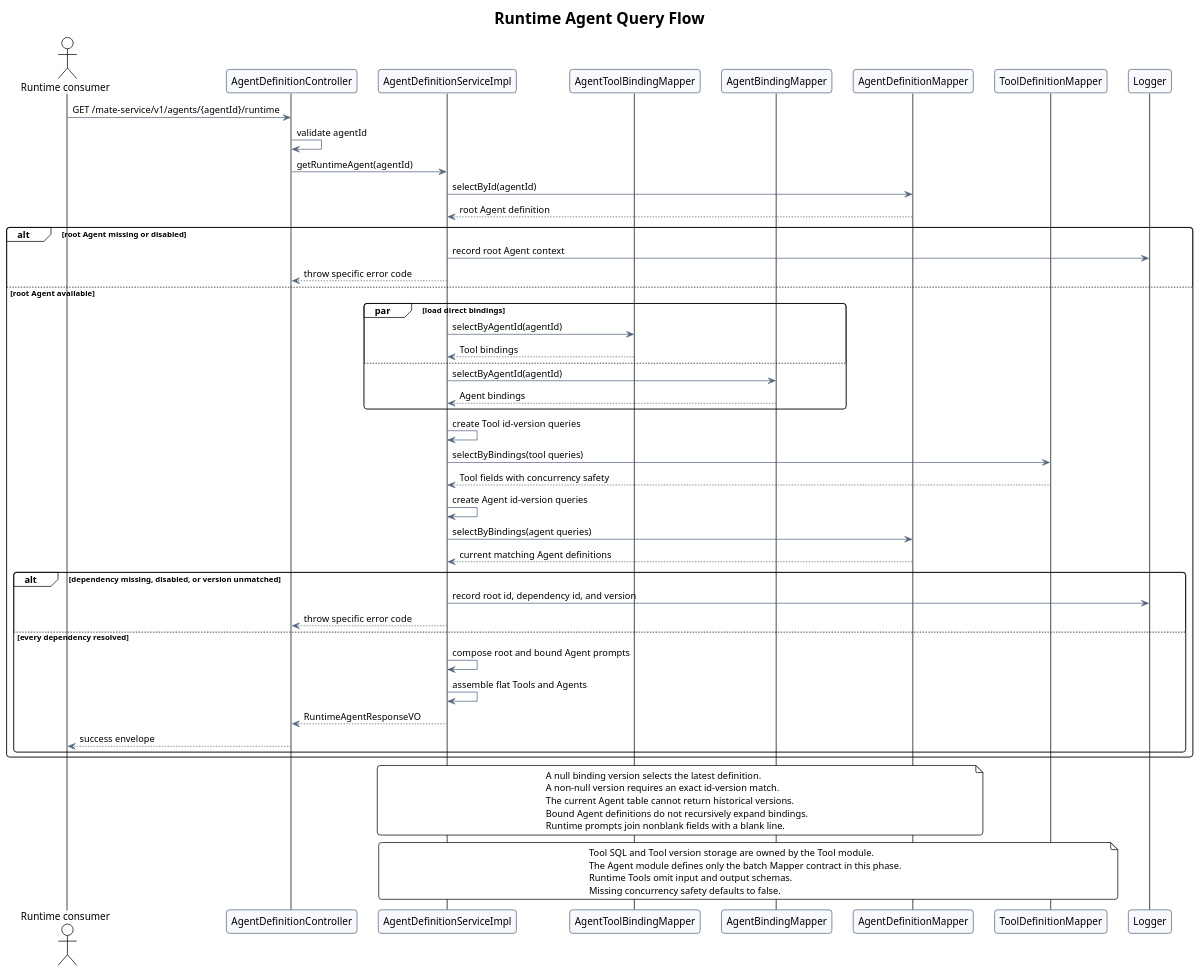
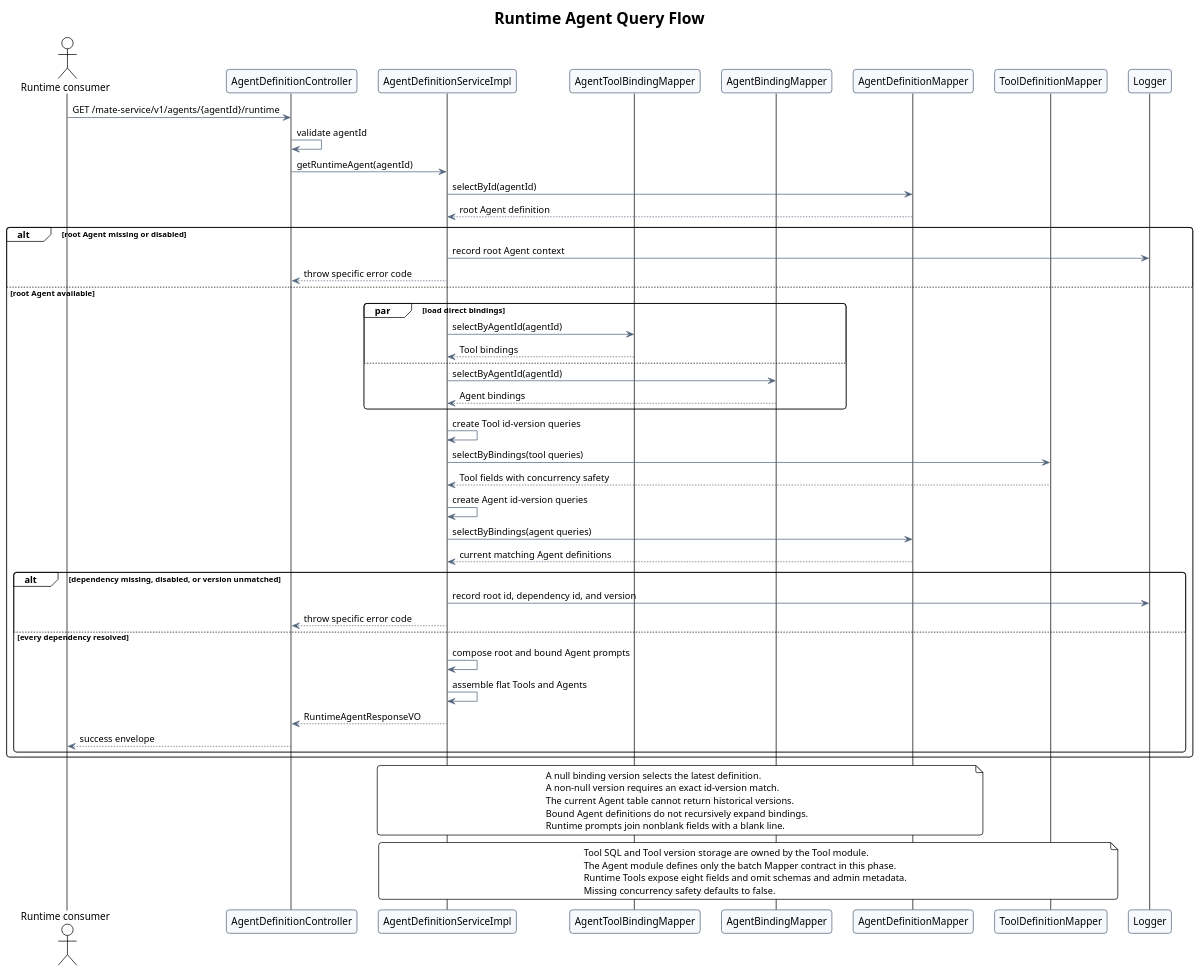
One commit to ssm0808/pi-mono-java-design changed the second of 2 diagrams in agent-metadata-gaussdb-design/diagram.puml. Above: the diagram before and after it, drawn with PlantUML. The commit also changed other lines of this file and 3 other files, not shown here.

Commit message:
docs(agent): trim runtime tool fields

```diff
--- a/agent-metadata-gaussdb-design/diagram.puml
+++ b/agent-metadata-gaussdb-design/diagram.puml
@@ -174,111 +174,111 @@
 @startuml runtime_agent_query_flow
 !theme plain
 title Runtime Agent Query Flow
 
 skinparam backgroundColor #FFFFFF
 skinparam shadowing false
 skinparam roundcorner 8
 skinparam sequenceArrowThickness 1
 skinparam ArrowColor #53657D
 skinparam ParticipantBorderColor #53657D
 skinparam ParticipantBackgroundColor #F7F9FC
 
 ' Source evidence:
 ' - mate-service baseline path and symbols:
 '   src/main/java/com/huawei/hicampus/mate/agentdefinition/controller/AgentDefinitionController.java
 '   AgentDefinitionController.getAgent.
 '   src/main/java/com/huawei/hicampus/mate/agentdefinition/service/AgentDefinitionService.java
 '   AgentDefinitionService.getAgent.
 '   src/main/java/com/huawei/hicampus/mate/agentdefinition/service/impl/AgentDefinitionServiceImpl.java
 '   AgentDefinitionServiceImpl.getAgent and loadAggregate.
 '   AgentDefinitionServiceImpl.getRuntimeAgent, resolveRuntimeTools,
 '   resolveRuntimeAgents, and indexDefinitions.
 '   src/main/java/com/huawei/hicampus/mate/agentdefinition/mapper/AgentDefinitionMapper.java
 '   AgentDefinitionMapper.selectById.
 '   AgentDefinitionMapper.selectByBindings.
 '   src/main/java/com/huawei/hicampus/mate/agentdefinition/mapper/AgentToolBindingMapper.java
 '   AgentToolBindingMapper.selectByAgentId.
 '   src/main/java/com/huawei/hicampus/mate/agentdefinition/mapper/AgentBindingMapper.java
 '   AgentBindingMapper.selectByAgentId.
 '   src/main/java/com/huawei/hicampus/mate/agentdefinition/mapper/ToolDefinitionMapper.java
 '   ToolDefinitionMapper.selectByBindings.
 '   src/main/java/com/huawei/hicampus/mate/agentdefinition/vo/RuntimeAgentResponseVO.java
 '   RuntimeAgentResponseVO flat Tool and Agent response contract.
 '   src/main/java/com/huawei/hicampus/mate/agentdefinition/vo/ToolDefinitionResponseVO.java
-'   ToolDefinitionResponseVO flat bindingTools element.
+'   ToolDefinitionResponseVO eight-field bindingTools element.
 '   src/main/java/com/huawei/hicampus/mate/agentdefinition/vo/RuntimeAgentDefinitionResponseVO.java
 '   RuntimeAgentDefinitionResponseVO seven-field bindingAgents element.
 ' - TOOL metadata JSON line 8 defines is_concurrency_safe; lines 14-23 define
 '   schemas that the Runtime Agent response intentionally omits.
 ' Observed behavior: getAgent returns binding identifiers and optional versions.
-' Observed behavior: getRuntimeAgent flattens Tool definitions with concurrency
-' safety and without schemas, and also flattens bound Agent definitions.
-' Observed behavior: bound Agent responses omit type, timestamps, and enabled.
+' Observed behavior: getRuntimeAgent returns eight-field Tool and seven-field
+' bound Agent definitions without wrapper objects.
+' Both resolved response types omit type, timestamps, and enabled.
 ' Observed behavior: root and bound Agent prompts use the same composition.
 ' Integration pending: ToolDefinitionMapper SQL is supplied by the Tool owner.
 ' Design reason: batch dependency queries avoid one query per binding.
 ' Security hardening: a missing, disabled, or unmatched dependency fails closed.
 ' Product constraint: no partial Runtime Agent response is returned.
 ' Data-model constraint: t_agent_definition stores only the current Agent version.
 
 actor "Runtime consumer" as Consumer
 participant AgentDefinitionController as Controller
 participant AgentDefinitionServiceImpl as Service
 participant AgentToolBindingMapper as ToolBindingMapper
 participant AgentBindingMapper as AgentBindingMapper
 participant AgentDefinitionMapper as DefinitionMapper
 participant ToolDefinitionMapper as ToolMapper
 participant Logger
 
 Consumer -> Controller: GET /mate-service/v1/agents/{agentId}/runtime
 Controller -> Controller: validate agentId
 Controller -> Service: getRuntimeAgent(agentId)
 Service -> DefinitionMapper: selectById(agentId)
 DefinitionMapper --> Service: root Agent definition
 
 alt root Agent missing or disabled
   Service -> Logger: record root Agent context
   Service --> Controller: throw specific error code
 else root Agent available
   par load direct bindings
     Service -> ToolBindingMapper: selectByAgentId(agentId)
     ToolBindingMapper --> Service: Tool bindings
   else
     Service -> AgentBindingMapper: selectByAgentId(agentId)
     AgentBindingMapper --> Service: Agent bindings
   end
 
   Service -> Service: create Tool id-version queries
   Service -> ToolMapper: selectByBindings(tool queries)
   ToolMapper --> Service: Tool fields with concurrency safety
   Service -> Service: create Agent id-version queries
   Service -> DefinitionMapper: selectByBindings(agent queries)
   DefinitionMapper --> Service: current matching Agent definitions
 
   alt dependency missing, disabled, or version unmatched
     Service -> Logger: record root id, dependency id, and version
     Service --> Controller: throw specific error code
   else every dependency resolved
     Service -> Service: compose root and bound Agent prompts
     Service -> Service: assemble flat Tools and Agents
     Service --> Controller: RuntimeAgentResponseVO
     Controller --> Consumer: success envelope
   end
 end
 
 note over Service,DefinitionMapper
   A null binding version selects the latest definition.
   A non-null version requires an exact id-version match.
   The current Agent table cannot return historical versions.
   Bound Agent definitions do not recursively expand bindings.
   Runtime prompts join nonblank fields with a blank line.
 end note
 
 note over Service,ToolMapper
   Tool SQL and Tool version storage are owned by the Tool module.
   The Agent module defines only the batch Mapper contract in this phase.
-  Runtime Tools omit input and output schemas.
+  Runtime Tools expose eight fields and omit schemas and admin metadata.
   Missing concurrency safety defaults to false.
 end note
 
 @enduml
```
